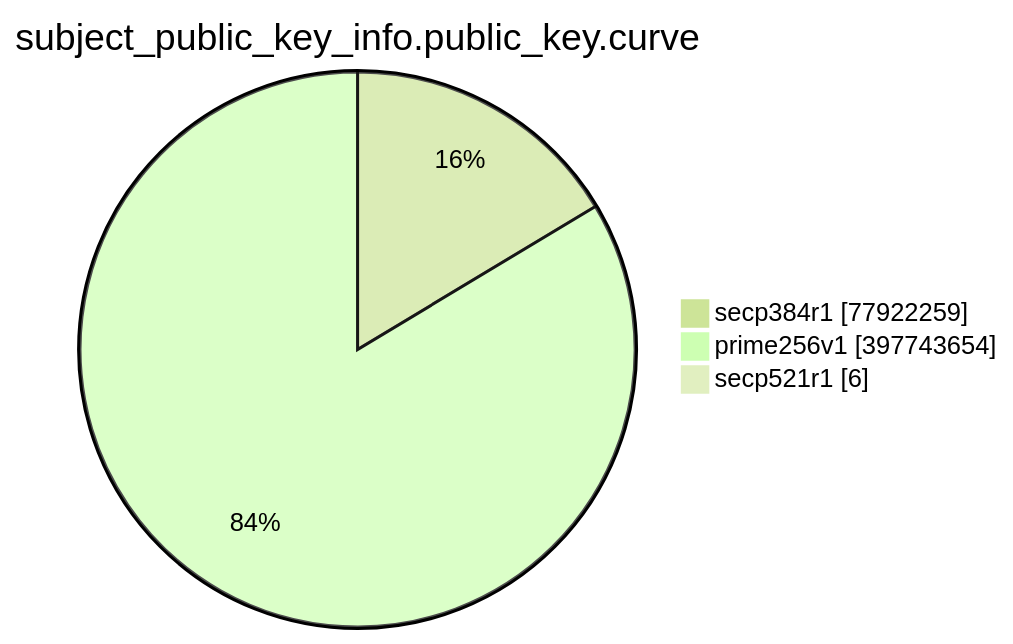
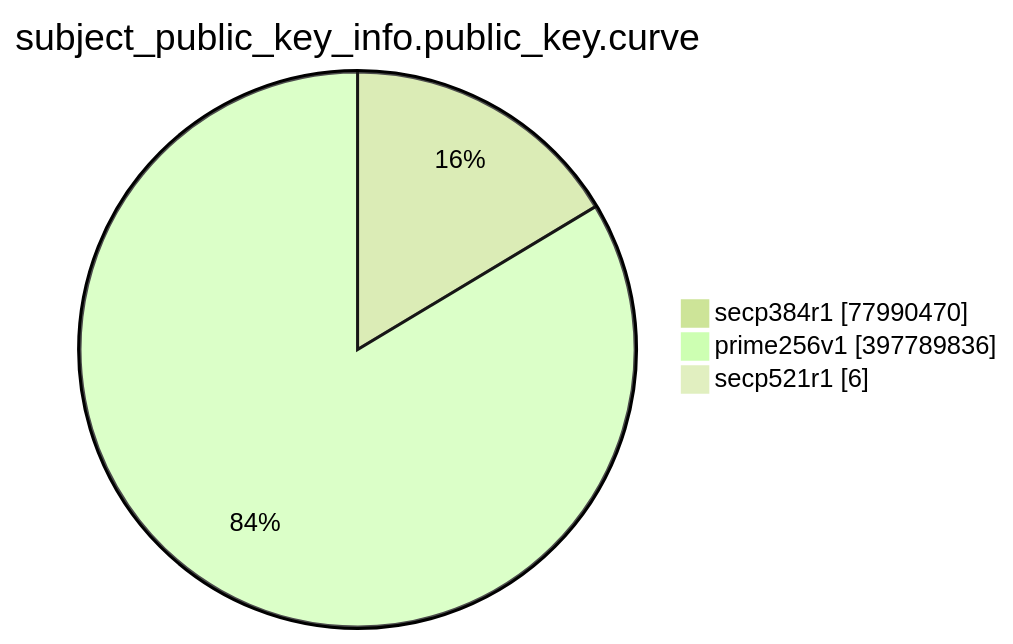
One commit to christiankrug/ctmonitor_visualization changed the eighth of 15 diagrams in TOTAL/README.md. Above: the diagram before and after it, drawn with Mermaid (forest theme). The commit also changed other lines of this file, not shown here.

````diff
--- a/TOTAL/README.md
+++ b/TOTAL/README.md
@@ -3095,7 +3095,7 @@
 ```mermaid
 pie showData
 title subject_public_key_info.public_key.curve
-"secp384r1" :77922259
-"prime256v1" :397743654
+"secp384r1" :77990470
+"prime256v1" :397789836
 "secp521r1" :6
 ```
````
